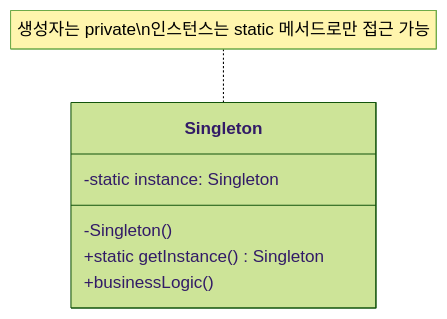
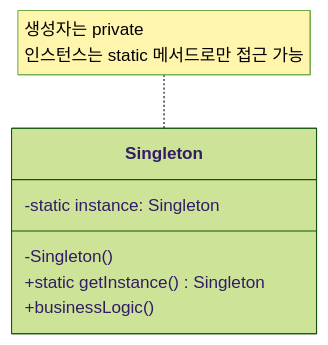
One commit to jjjjjunhyung/Roadmap changed the sixth of 12 diagrams in Challenge/Design Pattern.md. Above: the diagram before and after it, drawn with Mermaid (forest theme). The commit also changed other lines of this file, not shown here.

````diff
--- a/Challenge/Design Pattern.md
+++ b/Challenge/Design Pattern.md
@@ -231,11 +231,11 @@
 ``` mermaid
 classDiagram
     class Singleton {
         -static instance: Singleton
         -Singleton()
         +static getInstance() Singleton
         +businessLogic()
     }
     
-    note for Singleton "생성자는 private\n인스턴스는 static 메서드로만 접근 가능"
+    note for Singleton "생성자는 private<br> 인스턴스는 static 메서드로만 접근 가능"
 ```
````
